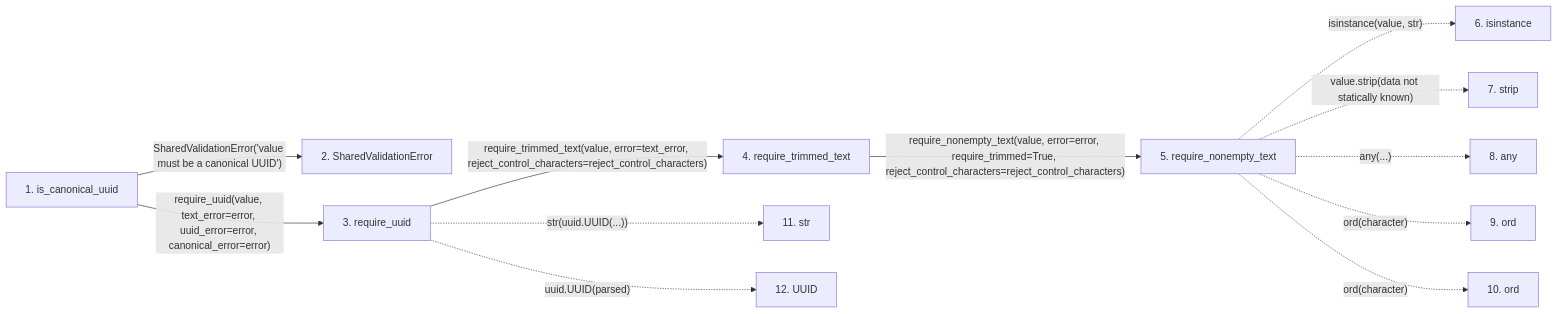
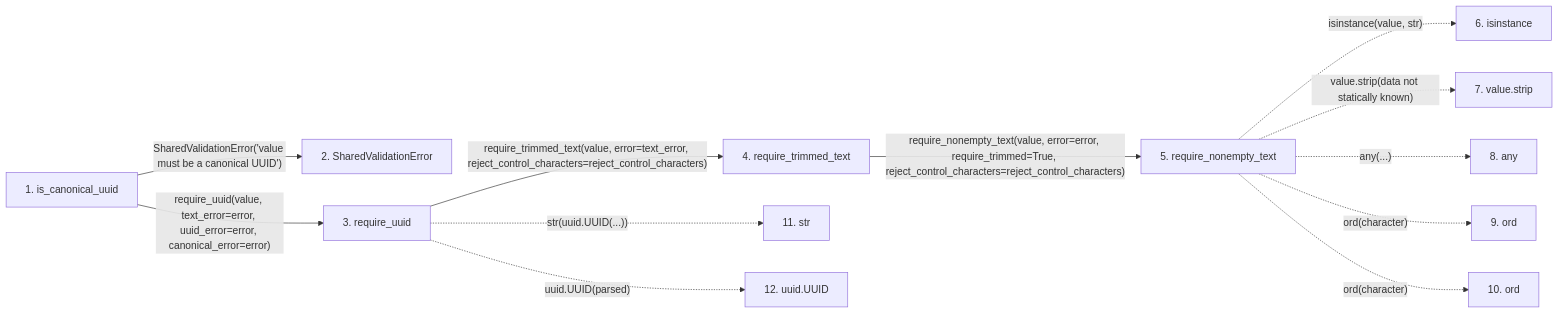
Before and after one commit to Denissvgn/python-wiki-llm: the second of 2 diagrams in docs/llm_wiki/flows/api-is_canonical_uuid.md, drawn with Mermaid. The commit also changed other lines of this file and 719 other files, not shown here.

````diff
--- a/docs/llm_wiki/flows/api-is_canonical_uuid.md
+++ b/docs/llm_wiki/flows/api-is_canonical_uuid.md
@@ -39,31 +39,31 @@
 ```mermaid
 flowchart LR
     s1["1. is_canonical_uuid"]
     s2["2. SharedValidationError"]
     s3["3. require_uuid"]
     s4["4. require_trimmed_text"]
     s5["5. require_nonempty_text"]
     s6["6. isinstance"]
-    s7["7. strip"]
+    s7["7. value.strip"]
     s8["8. any"]
     s9["9. ord"]
     s10["10. ord"]
     s11["11. str"]
-    s12["12. UUID"]
+    s12["12. uuid.UUID"]
     s1 -->|"SharedValidationError('value must be a canonical UUID')"| s2
     s1 -->|"require_uuid(value, text_error=error, uuid_error=error, canonical_error=error)"| s3
     s3 -->|"require_trimmed_text(value, error=text_error, reject_control_characters=reject_control_characters)"| s4
     s4 -->|"require_nonempty_text(value, error=error, require_trimmed=True, reject_control_characters=reject_control_characters)"| s5
     s5 -. "isinstance(value, str)" .-> s6
     s5 -. "value.strip(data not statically known)" .-> s7
     s5 -. "any(...)" .-> s8
     s5 -. "ord(character)" .-> s9
     s5 -. "ord(character)" .-> s10
     s3 -. "str(uuid.UUID(...))" .-> s11
     s3 -. "uuid.UUID(parsed)" .-> s12
     click s1 "../modules/validation.md"
     click s2 "../modules/validation.md"
     click s3 "../modules/validation.md"
     click s4 "../modules/validation.md"
     click s5 "../modules/validation.md"
 ```
````
